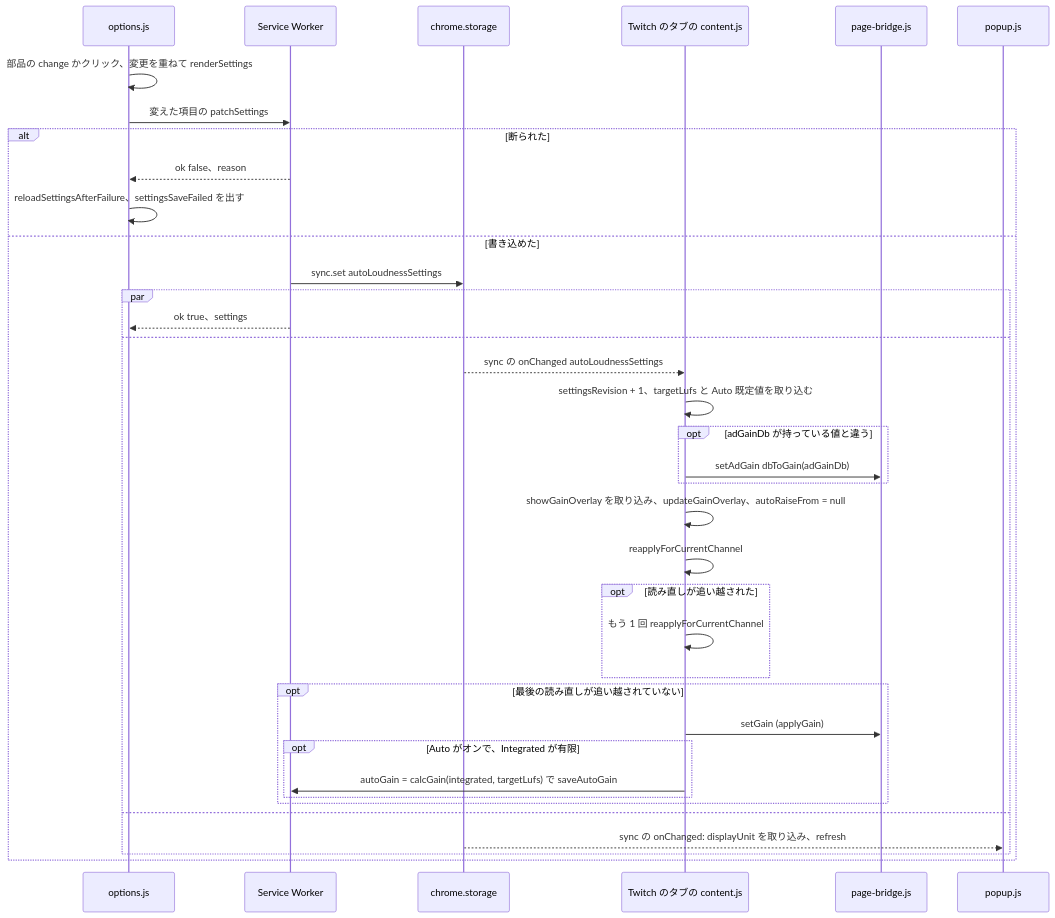
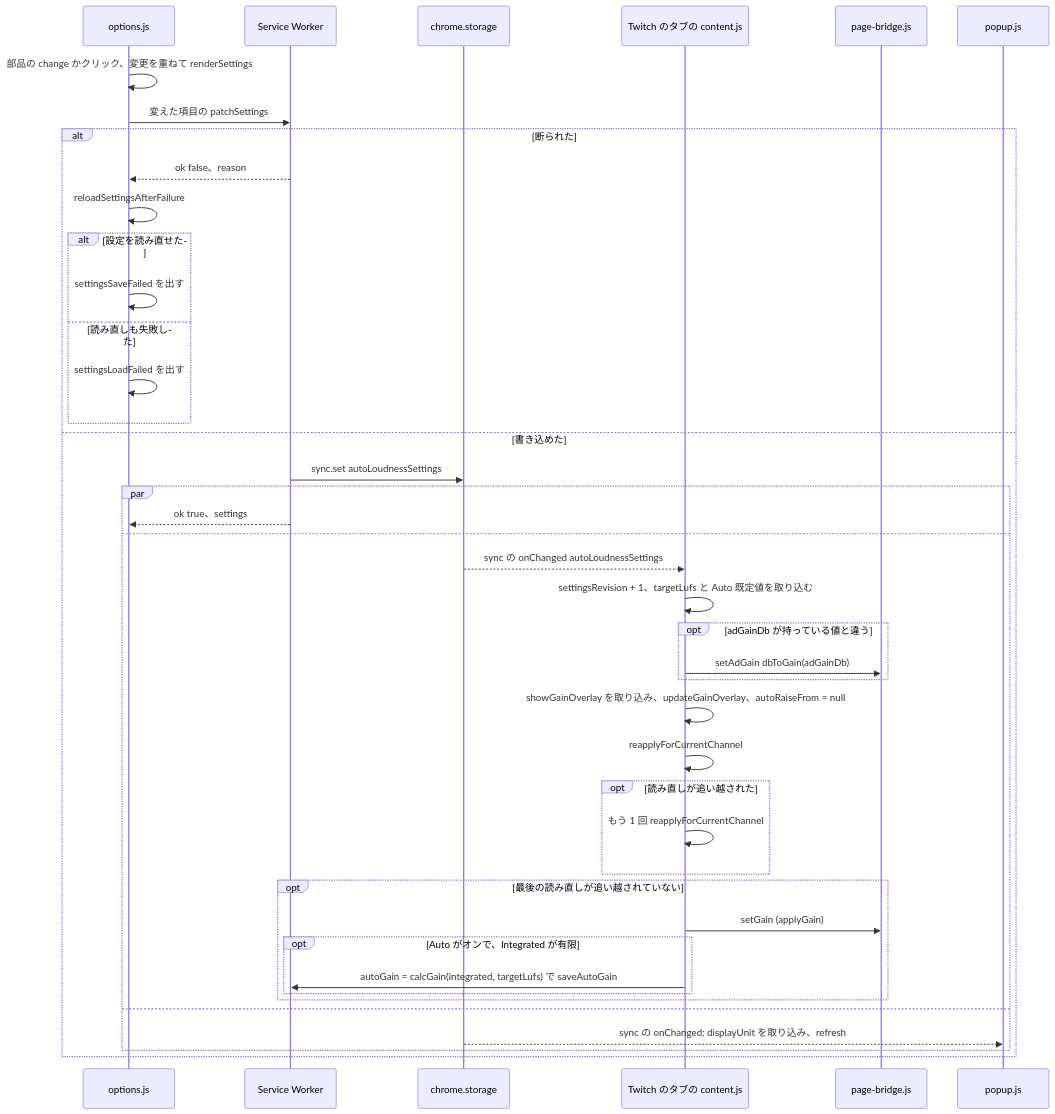
Diagram 13 of 17 in docs/gain-change-and-save.ja.md (semnil/twitch-channel-volume), drawn with Mermaid before and after one commit. The commit also changed other lines of this file and 4 other files, not shown here.

First line of the commit message:
fix: ask for a reload where a failed settings save could not read back

````diff
--- a/docs/gain-change-and-save.ja.md
+++ b/docs/gain-change-and-save.ja.md
@@ -552,39 +552,44 @@
 ```mermaid
 sequenceDiagram
   participant options as options.js
   participant sw as Service Worker
   participant storage as chrome.storage
   participant content as Twitch のタブの content.js
   participant bridge as page-bridge.js
   participant popup as popup.js
   options->>options: 部品の change かクリック、変更を重ねて renderSettings
   options->>sw: 変えた項目の patchSettings
   alt 断られた
     sw-->>options: ok false、reason
-    options->>options: reloadSettingsAfterFailure、settingsSaveFailed を出す
+    options->>options: reloadSettingsAfterFailure
+    alt 設定を読み直せた
+      options->>options: settingsSaveFailed を出す
+    else 読み直しも失敗した
+      options->>options: settingsLoadFailed を出す
+    end
   else 書き込めた
     sw->>storage: sync.set autoLoudnessSettings
     par
       sw-->>options: ok true、settings
     and
       storage-->>content: sync の onChanged autoLoudnessSettings
       content->>content: settingsRevision + 1、targetLufs と Auto 既定値を取り込む
       opt adGainDb が持っている値と違う
         content->>bridge: setAdGain dbToGain(adGainDb)
       end
       content->>content: showGainOverlay を取り込み、updateGainOverlay、autoRaiseFrom = null
       content->>content: reapplyForCurrentChannel
       opt 読み直しが追い越された
         content->>content: もう 1 回 reapplyForCurrentChannel
       end
       opt 最後の読み直しが追い越されていない
         content->>bridge: setGain (applyGain)
         opt Auto がオンで、Integrated が有限
           content->>sw: autoGain = calcGain(integrated, targetLufs) で saveAutoGain
         end
       end
     and
       storage-->>popup: sync の onChanged: displayUnit を取り込み、refresh
     end
   end
 ```
````
